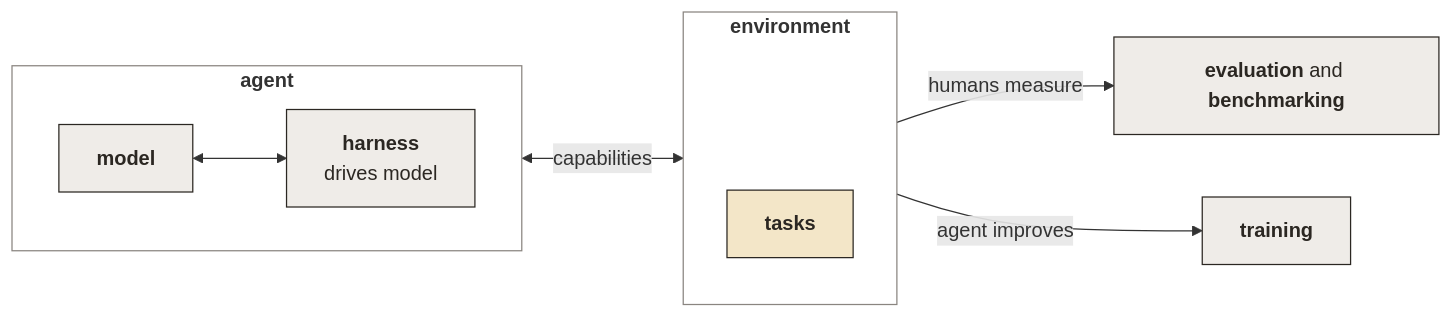
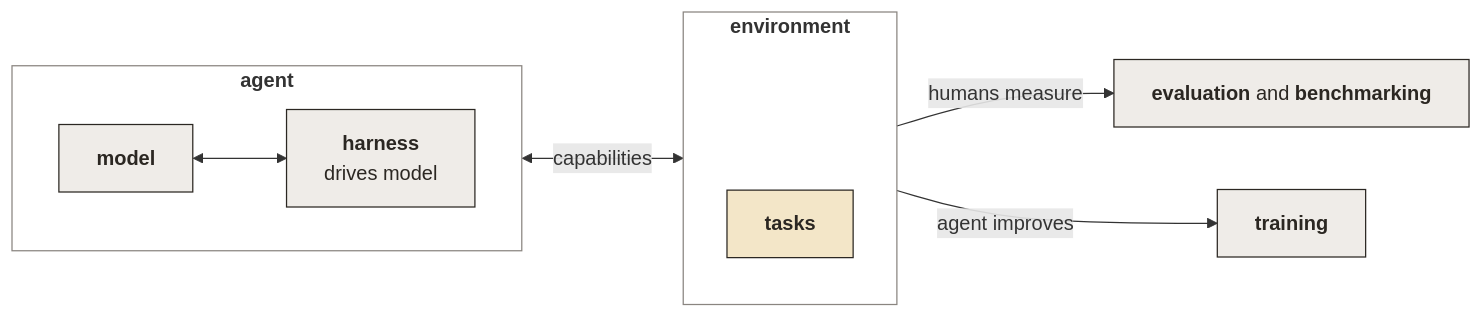
The diagram in docs/v6/start/index.mdx (hud-evals/hud-python), drawn with Mermaid before and after one commit. The commit also changed other lines of this file and 23 other files, not shown here.

````diff
--- a/docs/v6/start/index.mdx
+++ b/docs/v6/start/index.mdx
@@ -25,29 +25,29 @@
 ```mermaid
 flowchart LR
     subgraph AG["<b>agent</b>"]
         direction LR
         M["<b>model</b>"]
         H["<b>harness</b><br/>drives model"]
         M <--> H
     end
 
     subgraph EN["<b>environment</b>"]
         direction TB
         SP[" "]
         T["<b>tasks</b>"]
         SP ~~~ T
     end
 
     AG <-->|capabilities| EN
-    EN -->|humans measure| EV["<b>evaluation</b> and <b>benchmarking</b>"]
+    EN -->|humans measure| EV["<b>evaluation</b>#160;and#160;<b>benchmarking</b>"]
     EN -->|agent improves| TR["<b>training</b>"]
 
     classDef node fill:#efece8,stroke:#2b2722,stroke-width:1px,color:#2b2722;
     classDef task fill:#f3e6c8,stroke:#2b2722,stroke-width:1px,color:#2b2722;
     classDef spacer fill:transparent,stroke:transparent,color:transparent;
     class M,H,EV,TR node;
     class T task;
     class SP spacer;
     style AG fill:transparent,stroke:#8a8580,stroke-width:1px;
     style EN fill:transparent,stroke:#8a8580,stroke-width:1px;
 ```
````
